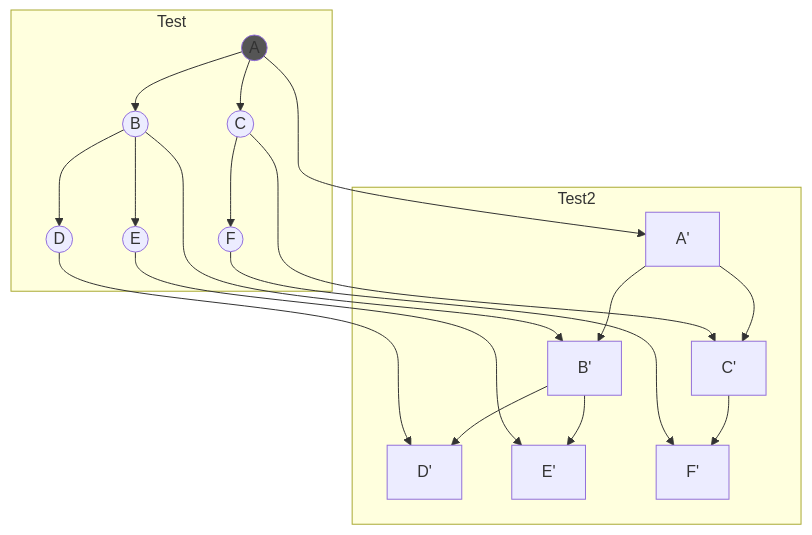
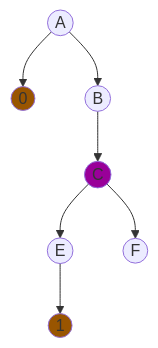
The fifth of 6 diagrams in README.md (j-piasecki/methodical-js), drawn with Mermaid before and after one commit. The commit also changed other lines of this file, not shown here.

````diff
--- a/README.md
+++ b/README.md
@@ -208,34 +338,21 @@
 ```mermaid
 graph TD
-    A((A))
-    B((B))
-    C((C))
-    D((D))
-    E((E))
-    F((F))
+  A((A))
+  B((B))
+  C((C))
+  E((E))
+  F((F))
+  0((0))
+  1((1))
 
-subgraph Test
-    A --> B
-    A --> C
-    B --> D
-    B --> E
-    C --> F
-    end
+  A --> 0
+  A --> B
+  B --> C
+  C --> E
+  C --> F
+  E --> 1
 
-subgraph Test2
-    A' --> B'
-    A' --> C'
-    B' --> D'
-    B' --> E'
-    C' --> F'
-end
-
-  A ---> A'
-  B ---> B'
-  C ---> C'
-  D ---> D'
-  E ---> E'
-  F ---> F'
-
-    style A fill:#555
+  style 0 fill:#950
+  style 1 fill:#950
+  style C fill:#909
 ```
````
